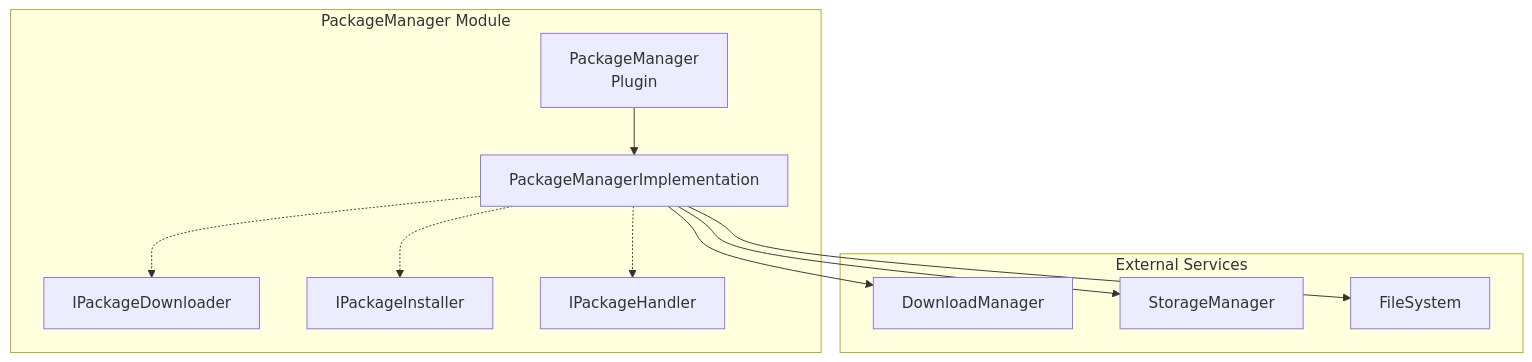
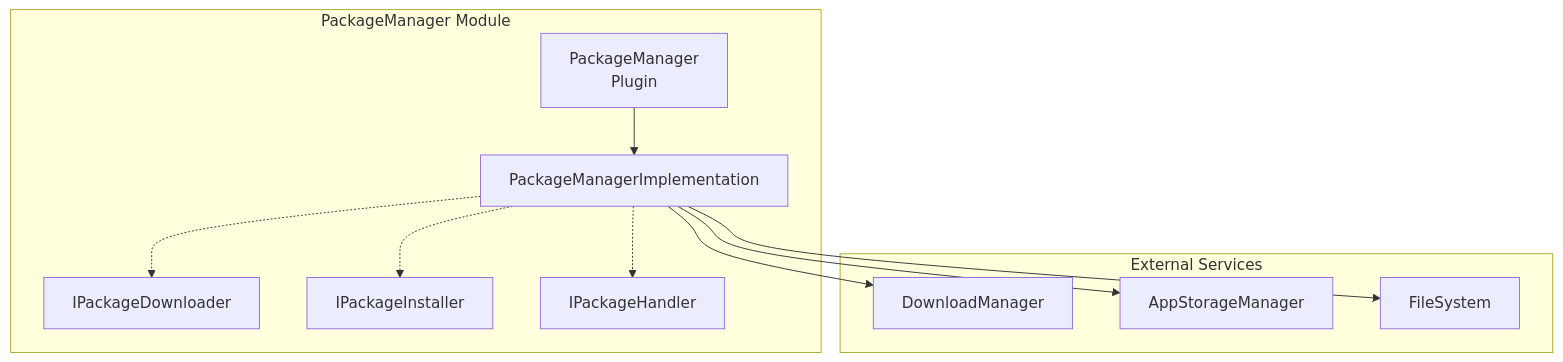
Before and after one commit to rdkcentral/entservices-appmanagers: the first of 5 diagrams in PackageManager/PackageManager.md, drawn with Mermaid. The commit also changed other lines of this file, not shown here.

````diff
--- a/PackageManager/PackageManager.md
+++ b/PackageManager/PackageManager.md
@@ -33,24 +33,24 @@
 ```mermaid
 graph TB
     subgraph "PackageManager Module"
         PM[PackageManager<br/>Plugin]
         PMI[PackageManagerImplementation]
         DL[IPackageDownloader]
         INS[IPackageInstaller]
         HDL[IPackageHandler]
     end
 
     subgraph "External Services"
         DLMgr[DownloadManager]
-        StorMgr[StorageManager]
+        StorMgr[AppStorageManager]
         FS[FileSystem]
     end
 
     PM --> PMI
     PMI -.-> DL
     PMI -.-> INS
     PMI -.-> HDL
     PMI --> DLMgr
     PMI --> StorMgr
     PMI --> FS
 ```
````
